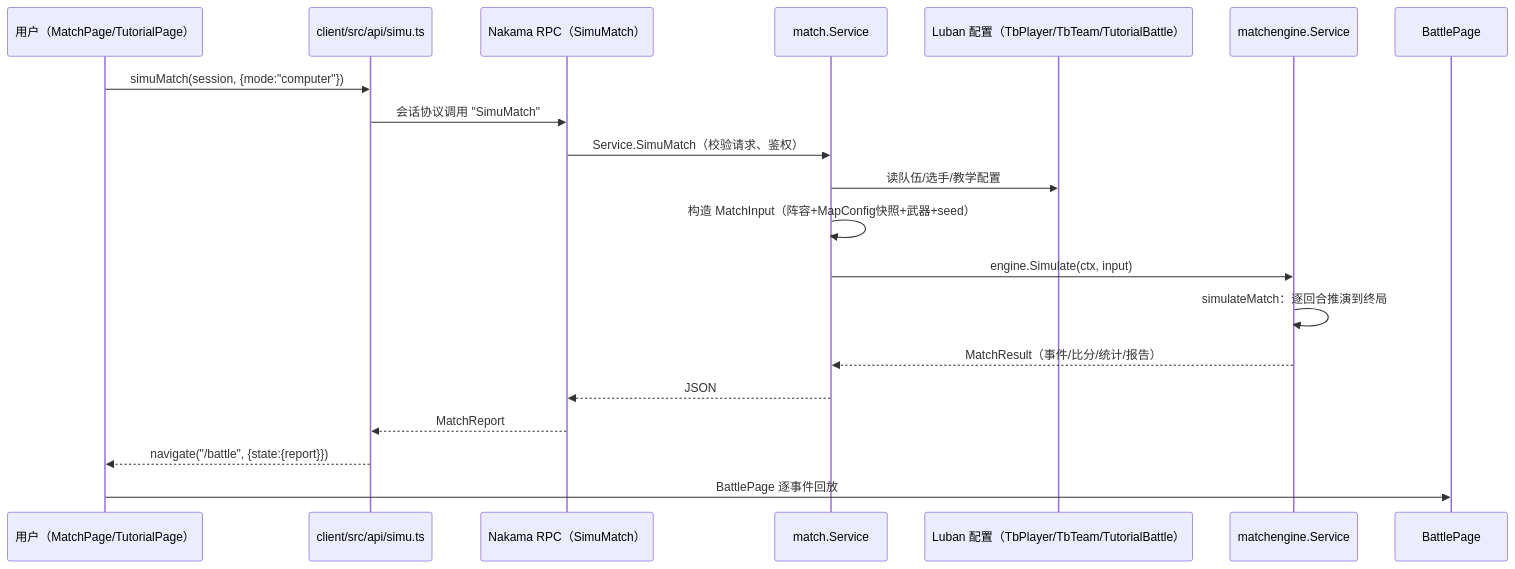
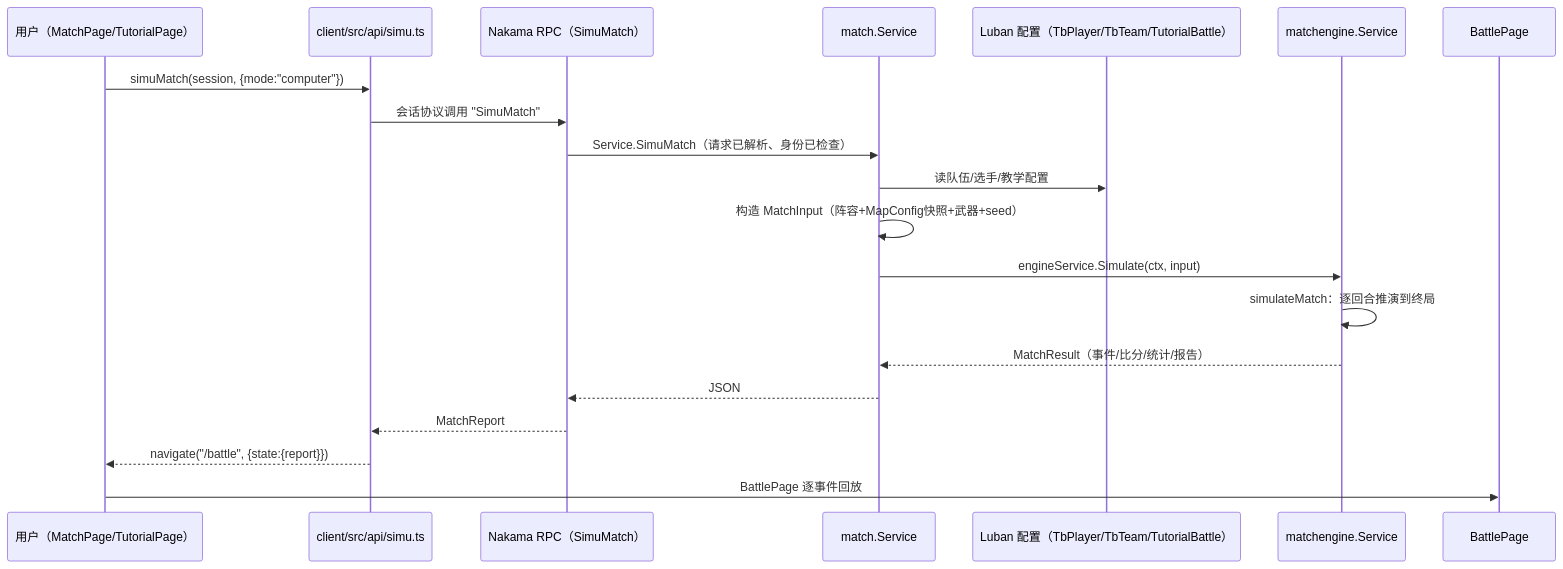
The diagram in doc/cs2match-tutorial/03-端到端旅程.md (jonathanlin768/CS2Match-Nakama), drawn with Mermaid before and after one commit. The commit also changed other lines of this file and 97 other files, not shown here.

Commit message:
refactor: clarify match engine boundaries and module RPC registration

````diff
--- a/doc/cs2match-tutorial/03-端到端旅程.md
+++ b/doc/cs2match-tutorial/03-端到端旅程.md
@@ -11,23 +11,23 @@
 ```mermaid
 sequenceDiagram
     participant U as 用户（MatchPage/TutorialPage）
     participant API as client/src/api/simu.ts
     participant RPC as Nakama RPC（SimuMatch）
     participant SVC as match.Service
     participant CFG as Luban 配置（TbPlayer/TbTeam/TutorialBattle）
     participant ENG as matchengine.Service
     participant FE as BattlePage
 
     U->>API: simuMatch(session, {mode:"computer"})
     API->>RPC: 会话协议调用 "SimuMatch"
-    RPC->>SVC: Service.SimuMatch（校验请求、鉴权）
+    RPC->>SVC: Service.SimuMatch（请求已解析、身份已检查）
     SVC->>CFG: 读队伍/选手/教学配置
     SVC->>SVC: 构造 MatchInput（阵容+MapConfig快照+武器+seed）
-    SVC->>ENG: engine.Simulate(ctx, input)
+    SVC->>ENG: engineService.Simulate(ctx, input)
     ENG->>ENG: simulateMatch：逐回合推演到终局
     ENG-->>SVC: MatchResult（事件/比分/统计/报告）
     SVC-->>RPC: JSON
     RPC-->>API: MatchReport
     API-->>U: navigate("/battle", {state:{report}})
     U->>FE: BattlePage 逐事件回放
 ```
````
